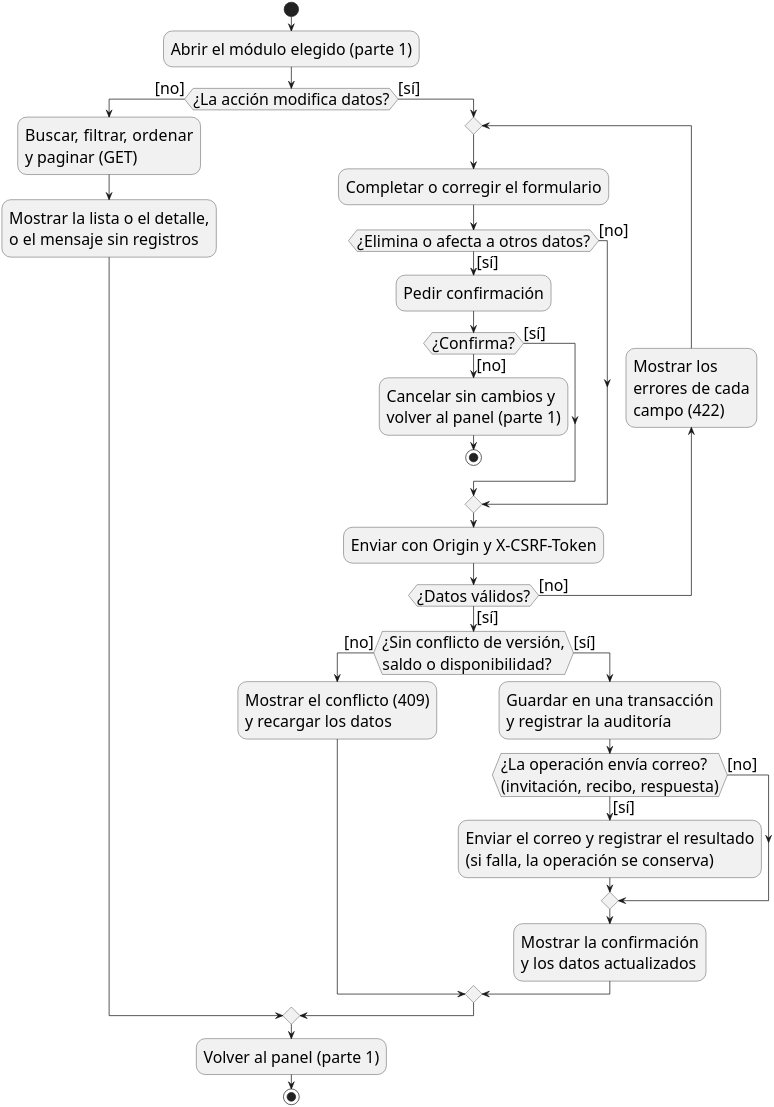
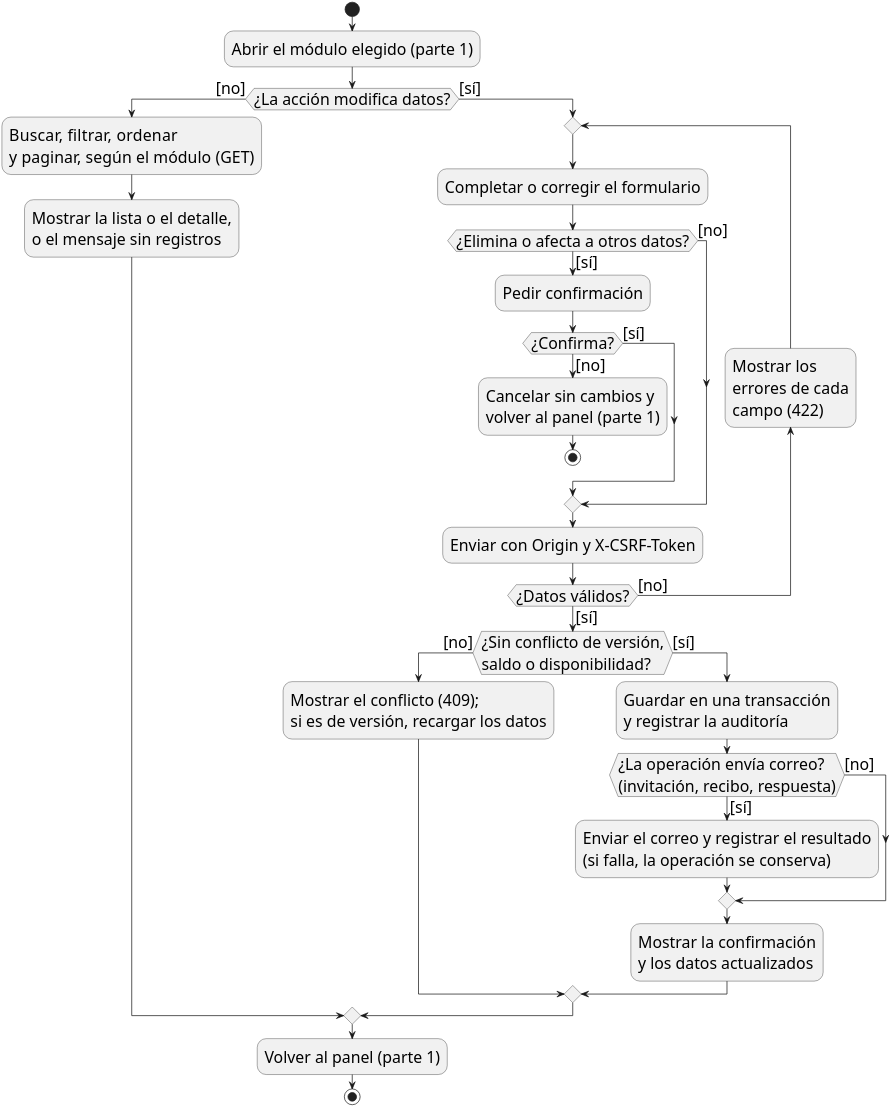
Before and after one commit to yilberDev/SoftPh-Academico: the diagram in docs/entrega-objetivos/actividades/actividades-administrador-parte2.puml, drawn with PlantUML. The commit also changed 12 other files, not shown here.

Commit message:
docs(actividades): alinear diagramas con el control de acceso y el formulario de feedback

```diff
--- a/docs/entrega-objetivos/actividades/actividades-administrador-parte2.puml
+++ b/docs/entrega-objetivos/actividades/actividades-administrador-parte2.puml
@@ -1,55 +1,55 @@
 @startuml
 ' Diagrama de actividades UML del administrador, parte 2 de 2 (Figura 7, DA-01): la operación en un
 ' módulo del panel, con sus validaciones y su resultado. La parte 1 cubre el acceso y la navegación.
 ' Flujo tomado del código de la versión v1.1-academico:
 '   pages/admin/**            consultas GET con búsqueda, filtros, orden y paginación en el servidor;
 '                             diálogo de confirmación antes de eliminar o de cambios que afectan a otros
 '   lib/api/client.ts         escrituras con Origin y X-CSRF-Token
 '   backend/app/core/errors   422 con el campo y el motivo; 409 por versión, saldo o disponibilidad
 '   backend/app/services/*    una transacción por operación, con su registro en audit_logs; el correo
 '                             (invitación, recibo PDF, respuesta de feedback) se envía después de guardar
 '                             y su resultado (enviado o fallido) queda registrado sin deshacer la operación
 ' Cada decisión tiene sus dos guardas [sí] / [no] (if anidados, no elseif).
 skinparam dpi 300
 skinparam monochrome true
 skinparam backgroundColor white
 skinparam shadowing false
 skinparam defaultFontName Helvetica
 skinparam defaultFontSize 22
 
 ' Título (no se dibuja; lo pone el pie de figura del informe): Flujo de actividades del administrador (DA-01), parte 2 de 2: operación en un módulo
 
 start
 :Abrir el módulo elegido (parte 1);
 if (¿La acción modifica datos?) then ([no])
-  :Buscar, filtrar, ordenar\ny paginar (GET);
+  :Buscar, filtrar, ordenar\ny paginar, según el módulo (GET);
   :Mostrar la lista o el detalle,\no el mensaje sin registros;
 else ([sí])
   repeat
     :Completar o corregir el formulario;
     if (¿Elimina o afecta a otros datos?) then ([sí])
       :Pedir confirmación;
       if (¿Confirma?) then ([no])
         :Cancelar sin cambios y\nvolver al panel (parte 1);
         stop
       else ([sí])
       endif
     else ([no])
     endif
     :Enviar con Origin y X-CSRF-Token;
   backward:Mostrar los\nerrores de cada\ncampo (422);
   repeat while (¿Datos válidos?) is ([no]) not ([sí])
   if (¿Sin conflicto de versión,\nsaldo o disponibilidad?) then ([no])
-    :Mostrar el conflicto (409)\ny recargar los datos;
+    :Mostrar el conflicto (409);\nsi es de versión, recargar los datos;
   else ([sí])
     :Guardar en una transacción\ny registrar la auditoría;
     if (¿La operación envía correo?\n(invitación, recibo, respuesta)) then ([sí])
       :Enviar el correo y registrar el resultado\n(si falla, la operación se conserva);
     else ([no])
     endif
     :Mostrar la confirmación\ny los datos actualizados;
   endif
 endif
 :Volver al panel (parte 1);
 stop
 @enduml
```
